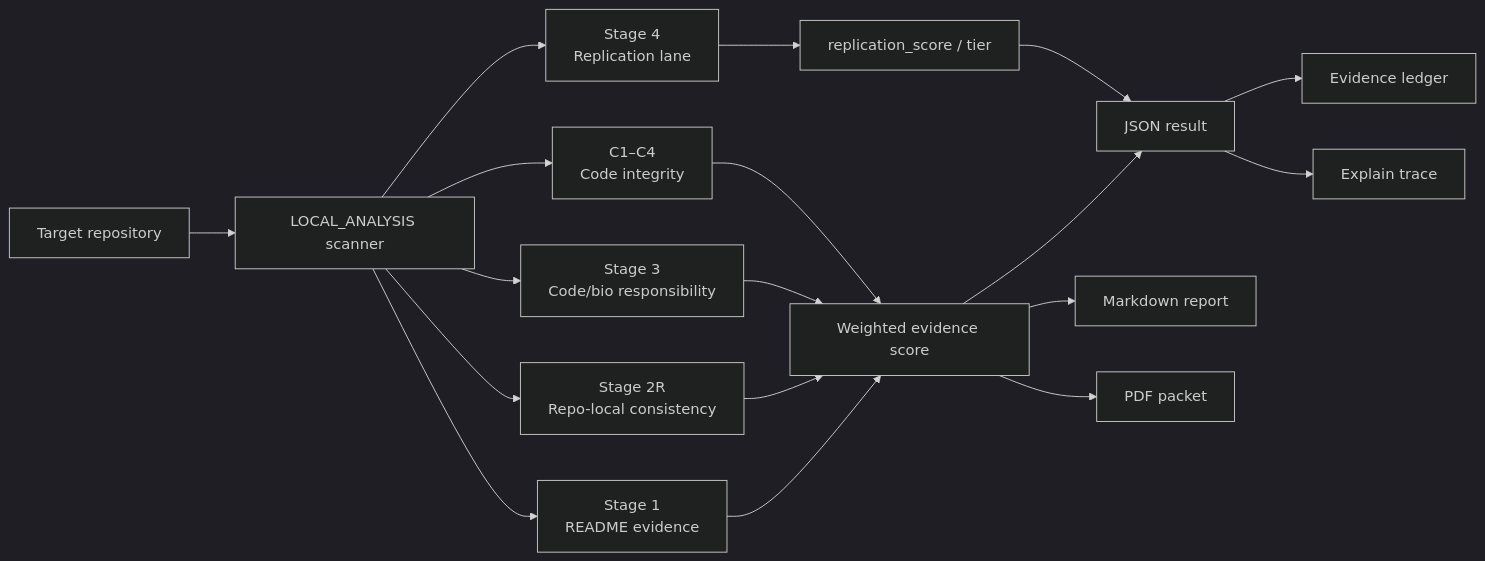
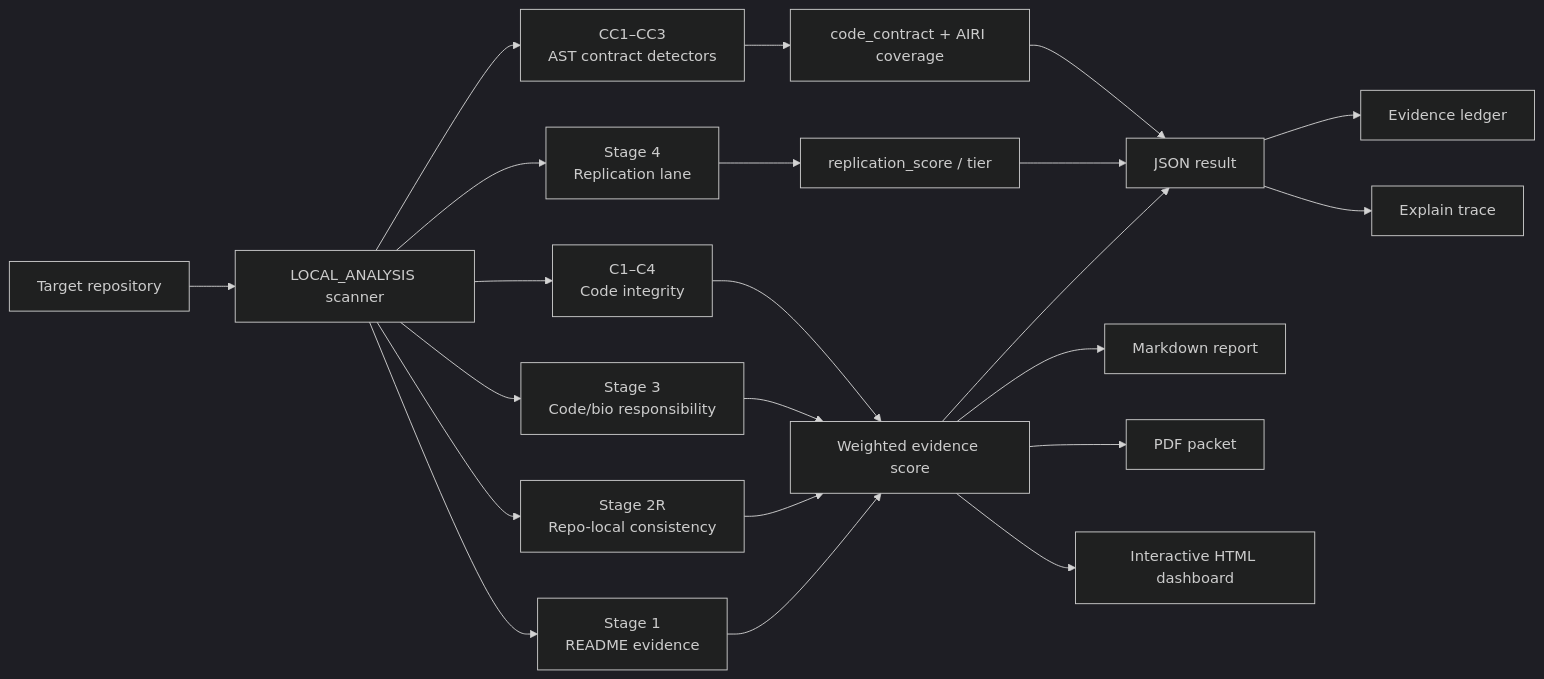
The diagram in README.md (flamehaven01/STEM-BIO-AI), drawn with Mermaid (dark theme) before and after one commit. The commit also changed other lines of this file and 15 other files, not shown here.

````diff
--- a/README.md
+++ b/README.md
@@ -131,20 +132,24 @@
 ```mermaid
 flowchart LR
     A[Target repository] --> B[LOCAL_ANALYSIS scanner]
     B --> C[Stage 1\nREADME evidence]
     B --> D[Stage 2R\nRepo-local consistency]
     B --> E[Stage 3\nCode/bio responsibility]
     B --> F[Stage 4\nReplication lane]
     B --> K[C1–C4\nCode integrity]
+    B --> CC[CC1–CC3\nAST contract detectors]
     C --> G[Weighted evidence score]
     D --> G
     E --> G
     K --> G
+    CC --> R[code_contract + AIRI coverage]
     F --> H[replication_score / tier]
     G --> I[JSON result]
     H --> I
+    R --> I
     I --> L[Evidence ledger]
     I --> M[Explain trace]
     G --> N[Markdown report]
     G --> O[PDF packet]
+    G --> P[Interactive HTML dashboard]
 ```
````
